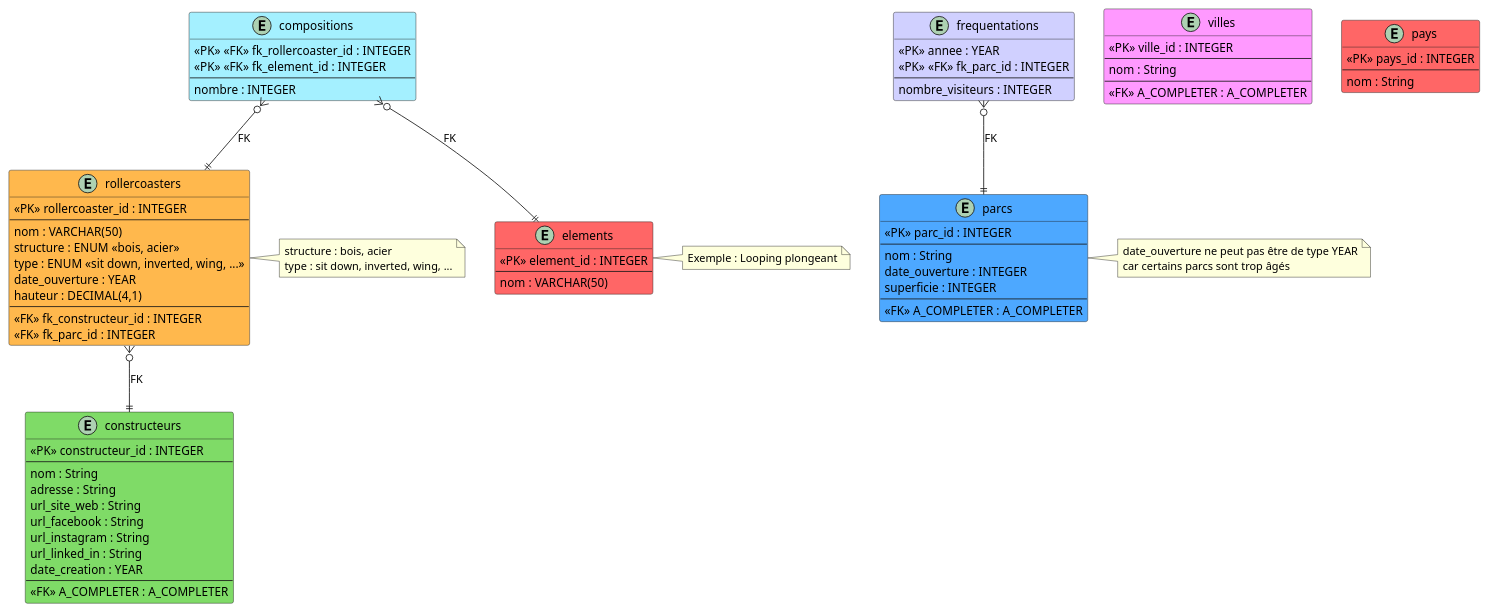
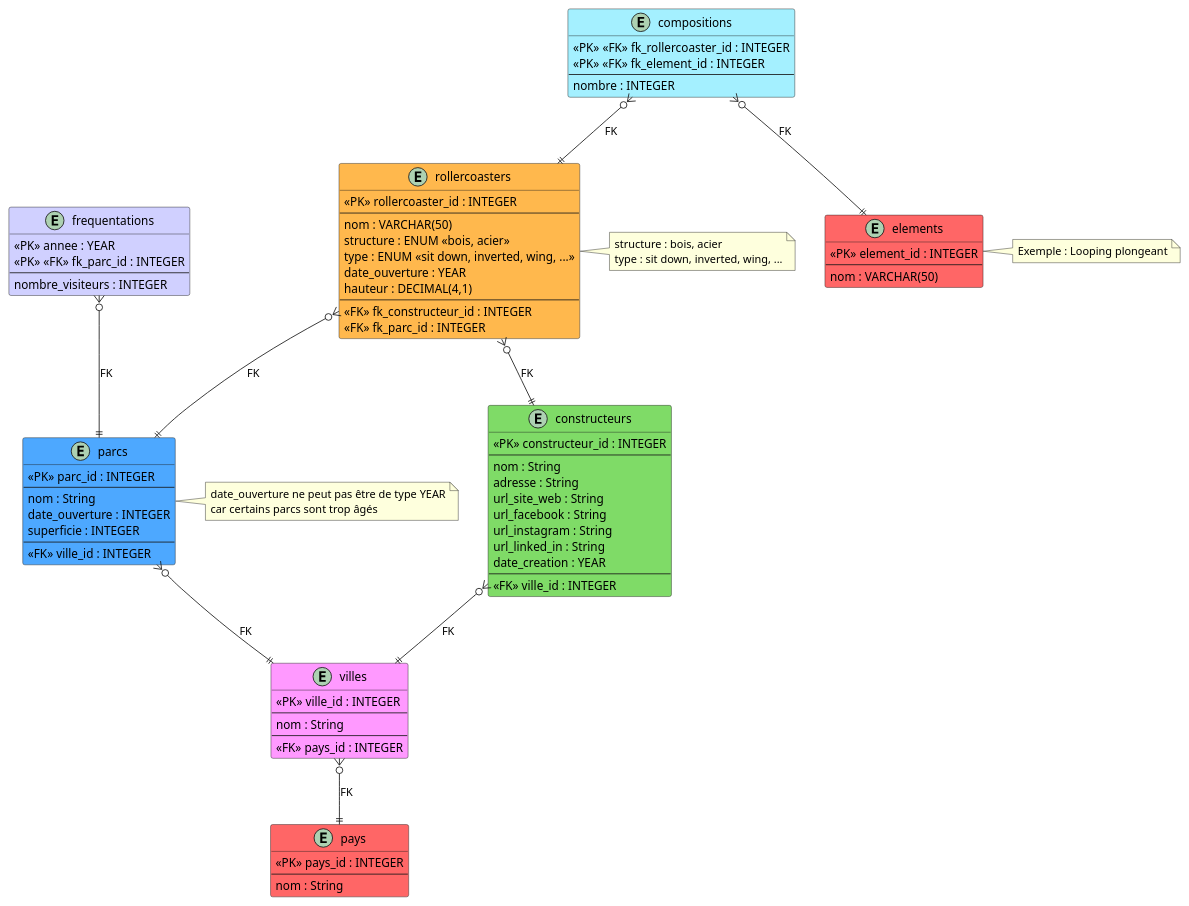
The diagram in Schéma ERD eurocoasters (A COMPLETER).puml (walae04/projet-EUROCOASTER), drawn with PlantUML before and after one commit.

Commit message:
progrès

```diff
--- a/Schéma ERD eurocoasters (A COMPLETER).puml
+++ b/Schéma ERD eurocoasters (A COMPLETER).puml
@@ -1,120 +1,123 @@
 @startuml
 
 ' Personnalisation des stéréotypes PK et FK :
 skinparam class {
     StereotypeFontColor<<PK>> Black
     StereotypeFontColor<<FK>> Black
     StereotypeBackgroundColor<<PK>> YellowGreen
     StereotypeBackgroundColor<<FK>> LightSkyBlue
     SterotypeBorderColor<<PK>> Black
     SterotypeBorderColor<<FK>> Black
 }
 
 ' ---------------------------------
 ' Définition des entités (tables) :
 ' ---------------------------------
 
 entity rollercoasters #FFB84D {
     <<PK>> rollercoaster_id : INTEGER
     --
     nom : VARCHAR(50)
     structure : ENUM <<bois, acier>>
     type : ENUM <<sit down, inverted, wing, ...>>
     date_ouverture : YEAR
     hauteur : DECIMAL(4,1)
     --
     <<FK>> fk_constructeur_id : INTEGER
     <<FK>> fk_parc_id : INTEGER
 }
 
 entity constructeurs #7FDB67 {
     <<PK>> constructeur_id : INTEGER
     --
     nom : String
     adresse : String
     url_site_web : String
     url_facebook : String
     url_instagram : String
     url_linked_in : String
     date_creation : YEAR
     --
-    <<FK>> A_COMPLETER : A_COMPLETER
+     <<FK>> ville_id : INTEGER
 }
 
 entity parcs #4DA8FF {
     <<PK>> parc_id : INTEGER
     --
     nom : String    
     date_ouverture : INTEGER
     superficie : INTEGER
     --
-    <<FK>> A_COMPLETER : A_COMPLETER
+     <<FK>> ville_id : INTEGER
 }
 
 entity villes #FF99FF {
     <<PK>> ville_id : INTEGER
     --
     nom : String
     --
-    <<FK>> A_COMPLETER : A_COMPLETER
+     <<FK>> pays_id : INTEGER
 }
 
 entity pays #FF6666 {
     <<PK>> pays_id : INTEGER
     --
     nom : String
 }
 
 entity compositions #A4F0FF {
     <<PK>> <<FK>> fk_rollercoaster_id : INTEGER
     <<PK>> <<FK>> fk_element_id : INTEGER
     --
     nombre : INTEGER
 }
 
 entity elements #FF6666 {
     <<PK>> element_id : INTEGER
     --
     nom : VARCHAR(50)
 }
 
 entity frequentations #D0D0FF {
     <<PK>> annee : YEAR
     <<PK>> <<FK>> fk_parc_id : INTEGER
     --
     nombre_visiteurs : INTEGER
 }
 
 
 ' --------------------------------------------
 ' Définition des relations entre les entités :
 ' --------------------------------------------
 
 rollercoasters }o--|| constructeurs : "FK"
 
 ' COMPLETER ICI LES 4 RELATIONS MANQUANTES
 
 compositions }o--|| rollercoasters : "FK"
 compositions }o--|| elements : "FK"
 frequentations }o--|| parcs : "FK"
 
-
+rollercoasters }o--|| parcs : "FK"
+constructeurs }o--|| villes : "FK"
+parcs }o--|| villes : "FK"
+villes }o--|| pays : "FK"
 ' ---------------------------------------------------------
 ' Annotations sur les types ou autres informations utiles :
 ' ---------------------------------------------------------
 
 note right of rollercoasters
     structure : bois, acier
     type : sit down, inverted, wing, ...
 end note
 
 note right of parcs
     date_ouverture ne peut pas être de type YEAR
     car certains parcs sont trop âgés
 end note
 
 note right of elements
     Exemple : Looping plongeant
 end note
 
 @enduml
```
